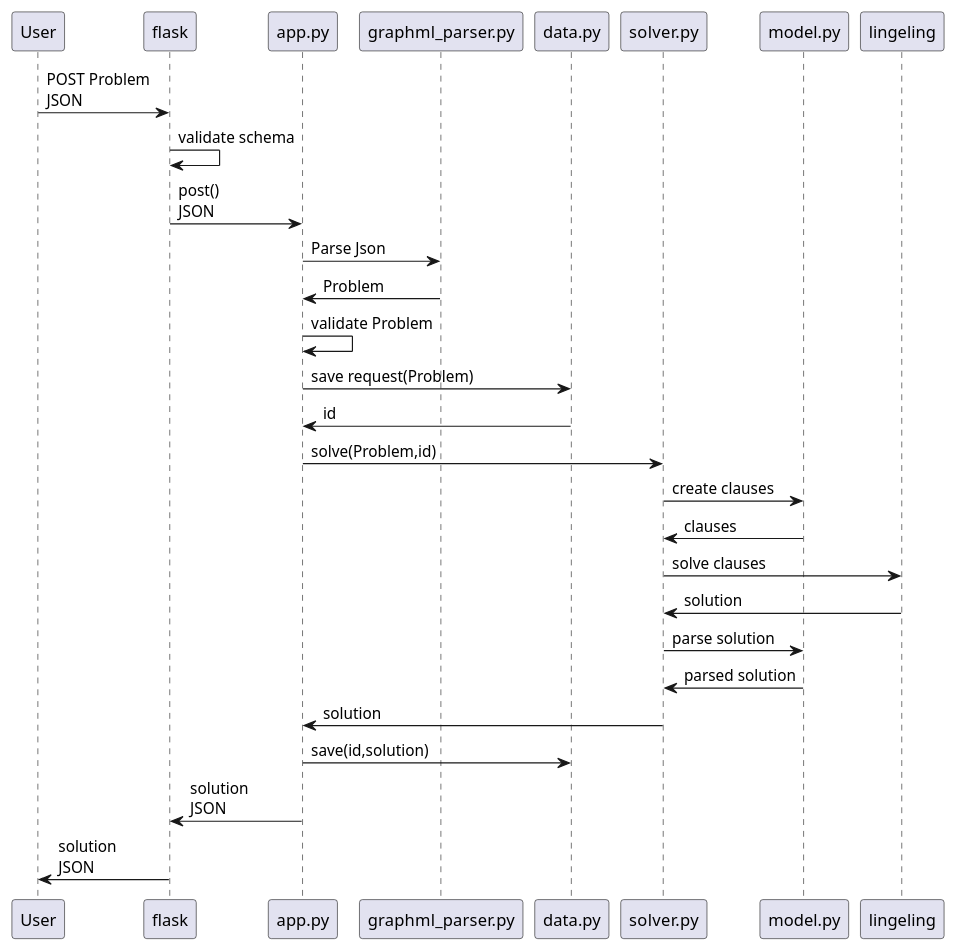
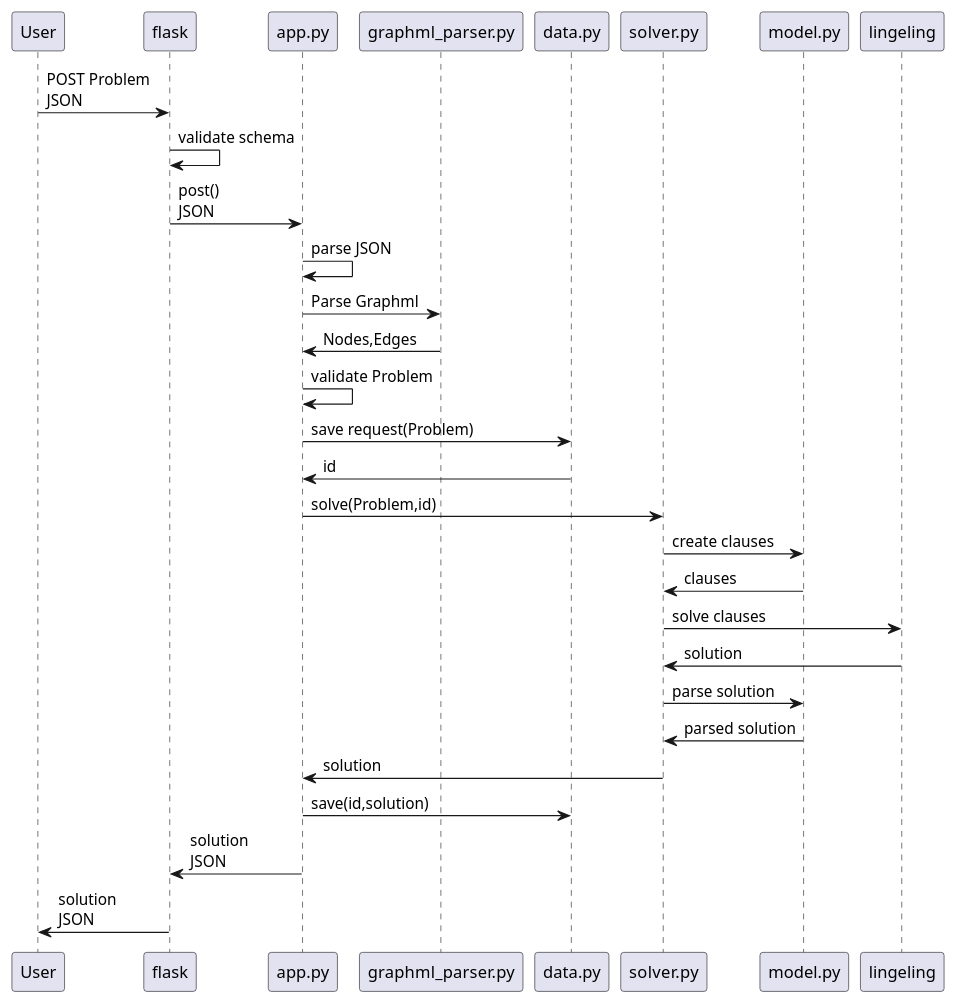
Before and after one commit to KadamShweta04/SAT: the diagram in server/index.rst, drawn with PlantUML. The commit also changed other lines of this file and 5 other files, not shown here.

```diff
--- a/server/index.rst
+++ b/server/index.rst
@@ -354,23 +409,24 @@
 .. uml::
 
    @startuml
    User -> flask: POST Problem\nJSON
    flask -> flask: validate schema
    flask -> app.py: post()\nJSON
-   app.py -> graphml_parser.py: Parse Json
-   graphml_parser.py -> app.py: Problem
+   app.py -> app.py: parse JSON
+   app.py -> graphml_parser.py: Parse Graphml
+   graphml_parser.py -> app.py: Nodes,Edges
    app.py -> app.py: validate Problem
    app.py -> data.py: save request(Problem)
    data.py -> app.py: id
    app.py -> solver.py: solve(Problem,id)
    solver.py -> model.py: create clauses
    model.py -> solver.py: clauses
    solver.py -> lingeling: solve clauses
    lingeling -> solver.py: solution
    solver.py -> model.py:parse solution
    model.py -> solver.py: parsed solution
    solver.py -> app.py: solution
    app.py -> data.py: save(id,solution)
    app.py -> flask: solution\nJSON
    flask -> User: solution\nJSON
    @enduml
```
